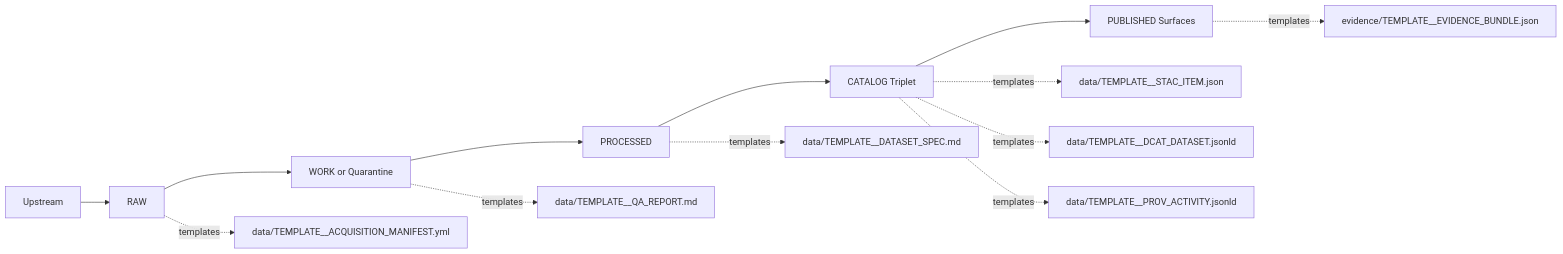
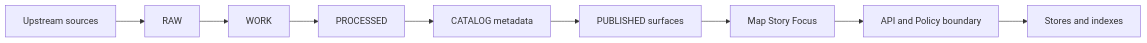
Before and after one commit to bartytime4life/Kansas-Frontier-Matrix: the diagram in docs/templates/README.md, drawn with Mermaid. The commit also changed other lines of this file, not shown here.

First line of the commit message:
Revise README.md for document templates

````diff
--- a/docs/templates/README.md
+++ b/docs/templates/README.md
@@ -348,16 +227,12 @@
 ```mermaid
 flowchart LR
-  U[Upstream] --> R[RAW]
-  R --> W[WORK or Quarantine]
+  U[Upstream sources] --> R[RAW]
+  R --> W[WORK]
   W --> P[PROCESSED]
-  P --> T[CATALOG Triplet]
-  T --> S[PUBLISHED Surfaces]
+  P --> C[CATALOG metadata]
+  C --> S[PUBLISHED surfaces]
 
-  R -.templates.-> R1[data/TEMPLATE__ACQUISITION_MANIFEST.yml]
-  W -.templates.-> W1[data/TEMPLATE__QA_REPORT.md]
-  P -.templates.-> P1[data/TEMPLATE__DATASET_SPEC.md]
-  T -.templates.-> T1[data/TEMPLATE__STAC_ITEM.json]
-  T -.templates.-> T2[data/TEMPLATE__DCAT_DATASET.jsonld]
-  T -.templates.-> T3[data/TEMPLATE__PROV_ACTIVITY.jsonld]
-  S -.templates.-> S1[evidence/TEMPLATE__EVIDENCE_BUNDLE.json]
+  S --> UI[Map Story Focus]
+  UI --> PEP[API and Policy boundary]
+  PEP --> Stores[Stores and indexes]
 ```
````
